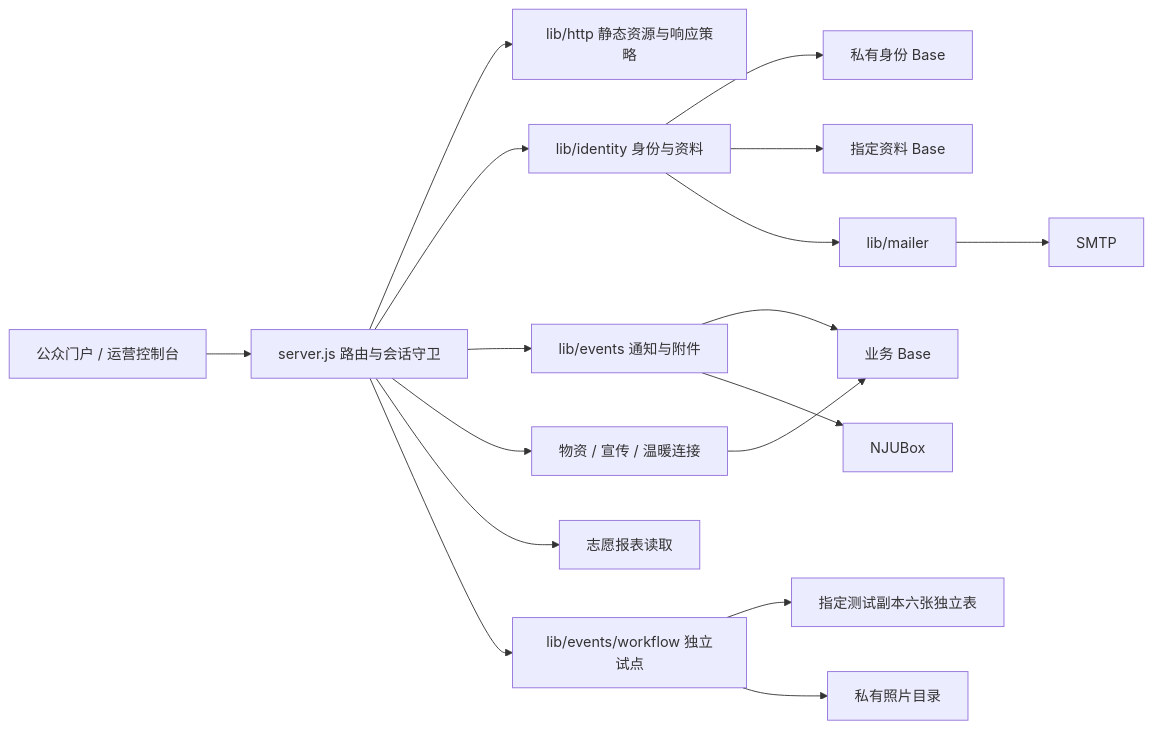
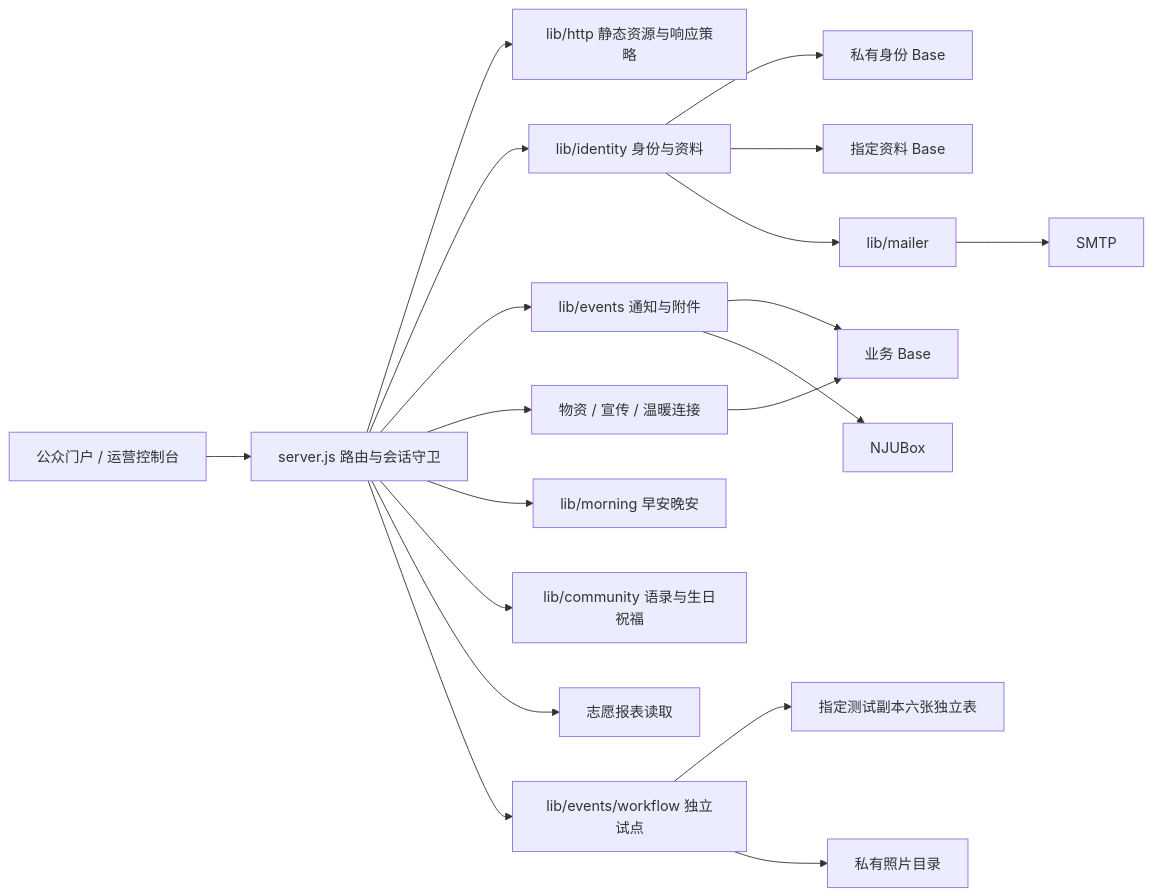
The diagram in docs/ARCHITECTURE.md (WANGLEVY9/NJURedCross), drawn with Mermaid before and after one commit. The commit also changed other lines of this file and 34 other files, not shown here.

````diff
--- a/docs/ARCHITECTURE.md
+++ b/docs/ARCHITECTURE.md
@@ -5,19 +5,21 @@
 ```mermaid
 flowchart LR
   Browser[公众门户 / 运营控制台] --> HTTP[server.js 路由与会话守卫]
   HTTP --> Static[lib/http 静态资源与响应策略]
   HTTP --> Identity[lib/identity 身份与资料]
   HTTP --> Events[lib/events 通知与附件]
   HTTP --> Business[物资 / 宣传 / 温暖连接]
+  HTTP --> Morning[lib/morning 早安晚安]
+  HTTP --> Community[lib/community 语录与生日祝福]
   Identity --> Private[私有身份 Base]
   Identity --> Profile[指定资料 Base]
   Business --> Main[业务 Base]
   Events --> Main
   Events --> Box[NJUBox]
   HTTP --> Volunteer[志愿报表读取]
   HTTP --> Workflow[lib/events/workflow 独立试点]
   Workflow --> TestBase[指定测试副本六张独立表]
   Workflow --> Photos[私有照片目录]
   Identity --> Mail[lib/mailer]
   Mail --> SMTP[SMTP]
 ```
````
